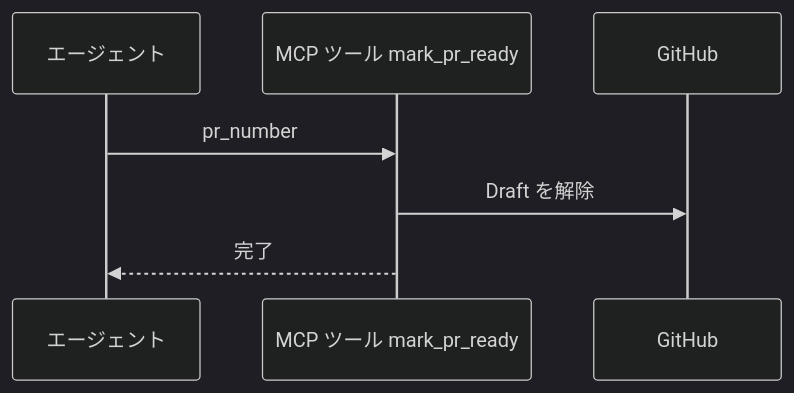
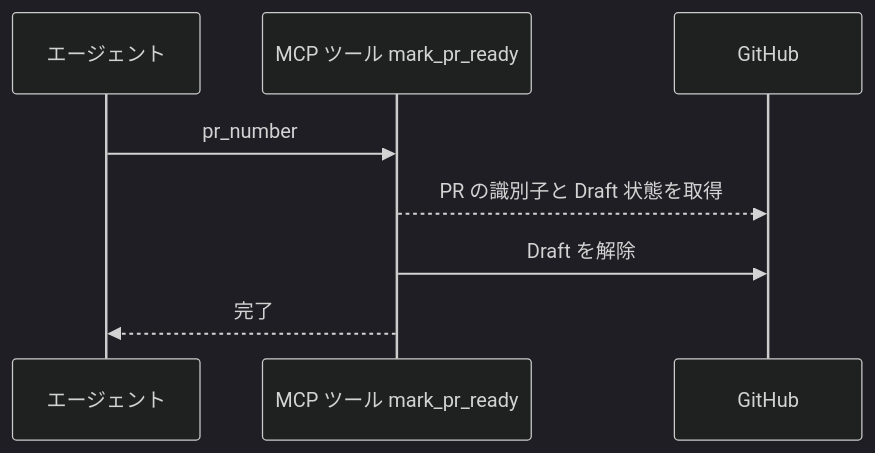
One commit to shuhei1101/ai-monitor changed the first of 3 diagrams in docs/wiki/設計図/インターフェース定義/バックエンド/PR_Ready化.py.md. Above: the diagram before and after it, drawn with Mermaid (dark theme). The commit also changed other lines of this file and 75 other files, not shown here.

````diff
--- a/docs/wiki/設計図/インターフェース定義/バックエンド/PR_Ready化.py.md
+++ b/docs/wiki/設計図/インターフェース定義/バックエンド/PR_Ready化.py.md
@@ -66,10 +71,11 @@
 ```mermaid
 sequenceDiagram
   participant A as エージェント
   participant T as MCP ツール mark_pr_ready
   participant GH as GitHub
 
   A->>T: pr_number
+  T-->>GH: PR の識別子と Draft 状態を取得
   T->>GH: Draft を解除
   T-->>A: 完了
 ```
````
